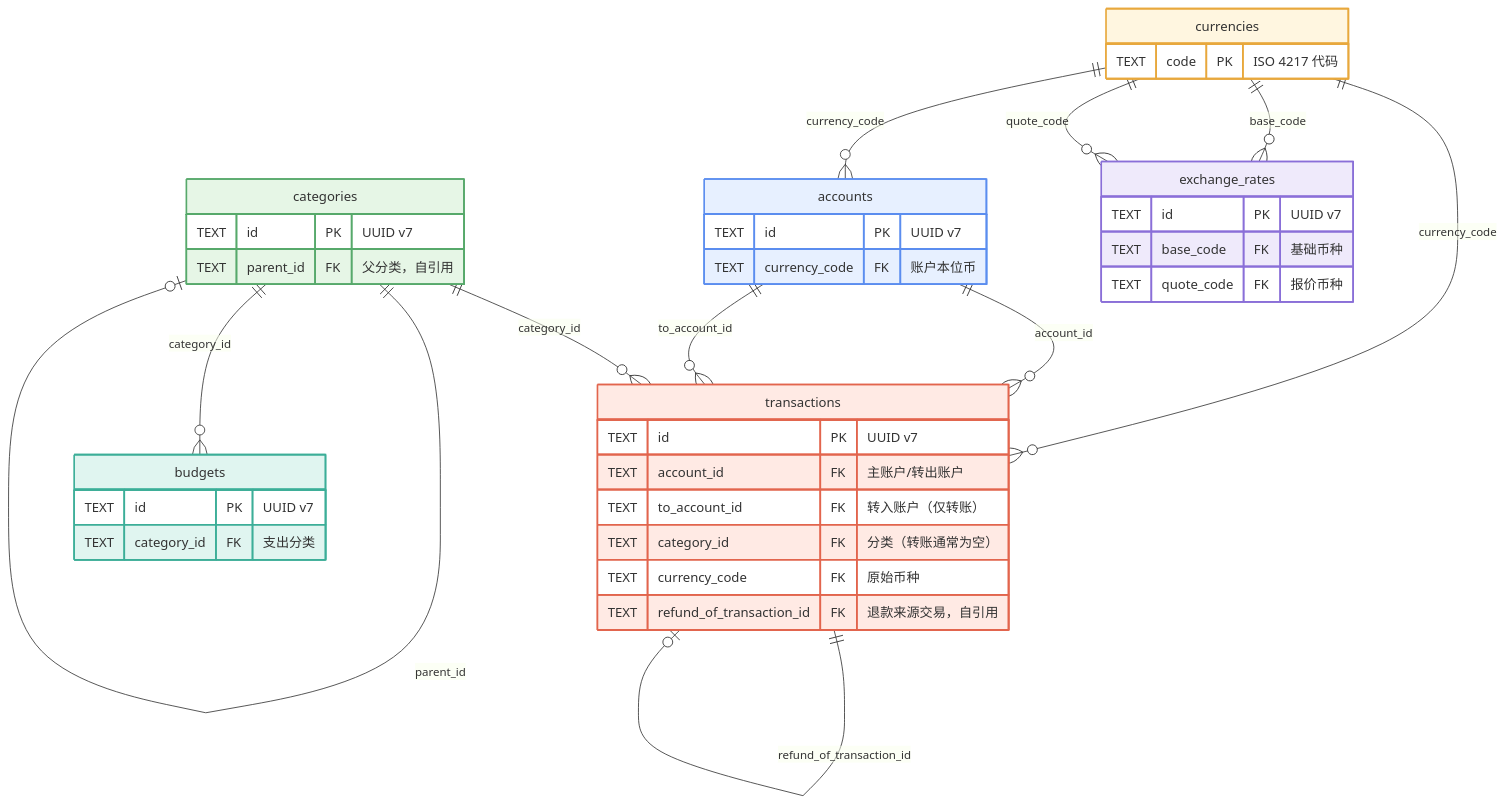
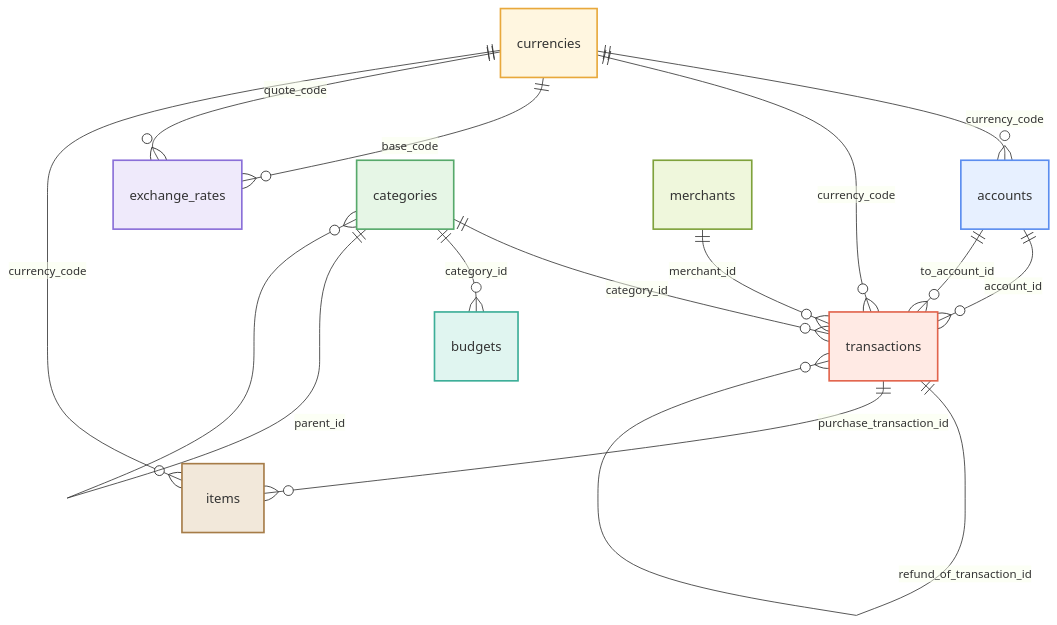
One commit to asiazhang/ledger changed the first of 3 diagrams in docs/model/README.md. Above: the diagram before and after it, drawn with Mermaid. The commit also changed other lines of this file and 16 other files, not shown here.

First line of the commit message:
docs(model): 模型文档收口——删单表文档、README 瘦身、ER 图补新实体（#276）

````diff
--- a/docs/model/README.md
+++ b/docs/model/README.md
@@ -51,49 +22,25 @@
 ```mermaid
 erDiagram
-    currencies {
-        TEXT code PK "ISO 4217 代码"
-    }
-    accounts {
-        TEXT id PK "UUID v7"
-        TEXT currency_code FK "账户本位币"
-    }
-    categories {
-        TEXT id PK "UUID v7"
-        TEXT parent_id FK "父分类，自引用"
-    }
-    transactions {
-        TEXT id PK "UUID v7"
-        TEXT account_id FK "主账户/转出账户"
-        TEXT to_account_id FK "转入账户（仅转账）"
-        TEXT category_id FK "分类（转账通常为空）"
-        TEXT currency_code FK "原始币种"
-        TEXT refund_of_transaction_id FK "退款来源交易，自引用"
-    }
-    budgets {
-        TEXT id PK "UUID v7"
-        TEXT category_id FK "支出分类"
-    }
-    exchange_rates {
-        TEXT id PK "UUID v7"
-        TEXT base_code FK "基础币种"
-        TEXT quote_code FK "报价币种"
-    }
-
     currencies ||--o{ accounts : "currency_code"
     currencies ||--o{ transactions : "currency_code"
     currencies ||--o{ exchange_rates : "base_code"
     currencies ||--o{ exchange_rates : "quote_code"
+    currencies ||--o{ items : "currency_code"
     accounts ||--o{ transactions : "account_id"
     accounts ||--o{ transactions : "to_account_id"
     categories ||--o{ transactions : "category_id"
     categories ||--o{ budgets : "category_id"
-    categories ||--o| categories : "parent_id"
-    transactions ||--o| transactions : "refund_of_transaction_id"
+    categories ||--o{ categories : "parent_id"
+    transactions ||--o{ transactions : "refund_of_transaction_id"
+    merchants ||--o{ transactions : "merchant_id"
+    transactions ||--o{ items : "purchase_transaction_id"
 
     style currencies fill:#FFF6E0,stroke:#E8A83C,stroke-width:2px
     style accounts fill:#E7F0FF,stroke:#5B8DEF,stroke-width:2px
     style categories fill:#E6F6E6,stroke:#57A96B,stroke-width:2px
+    style merchants fill:#EFF7DC,stroke:#7FA23C,stroke-width:2px
+    style items fill:#F2E8DA,stroke:#A67C48,stroke-width:2px
     style transactions fill:#FFEAE4,stroke:#E2654D,stroke-width:2px
     style budgets fill:#E0F5F0,stroke:#3CAE98,stroke-width:2px
     style exchange_rates fill:#EFEAFB,stroke:#8A6FD8,stroke-width:2px
 ```
````
